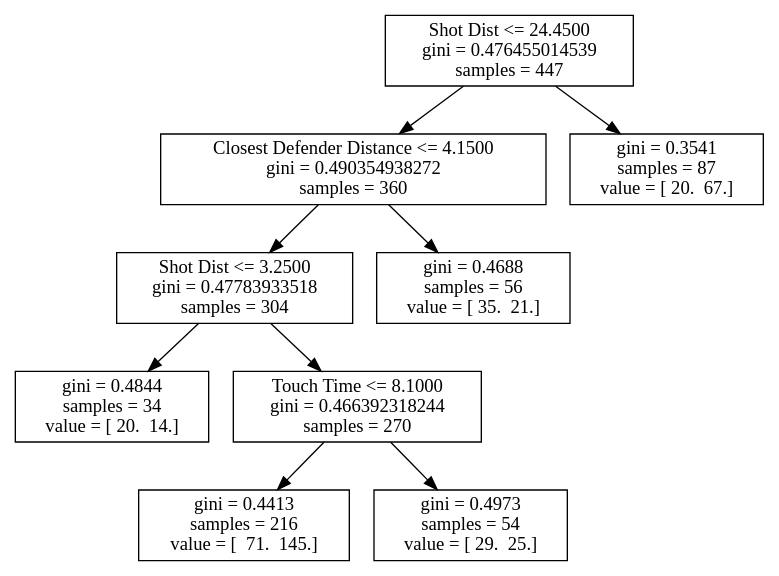
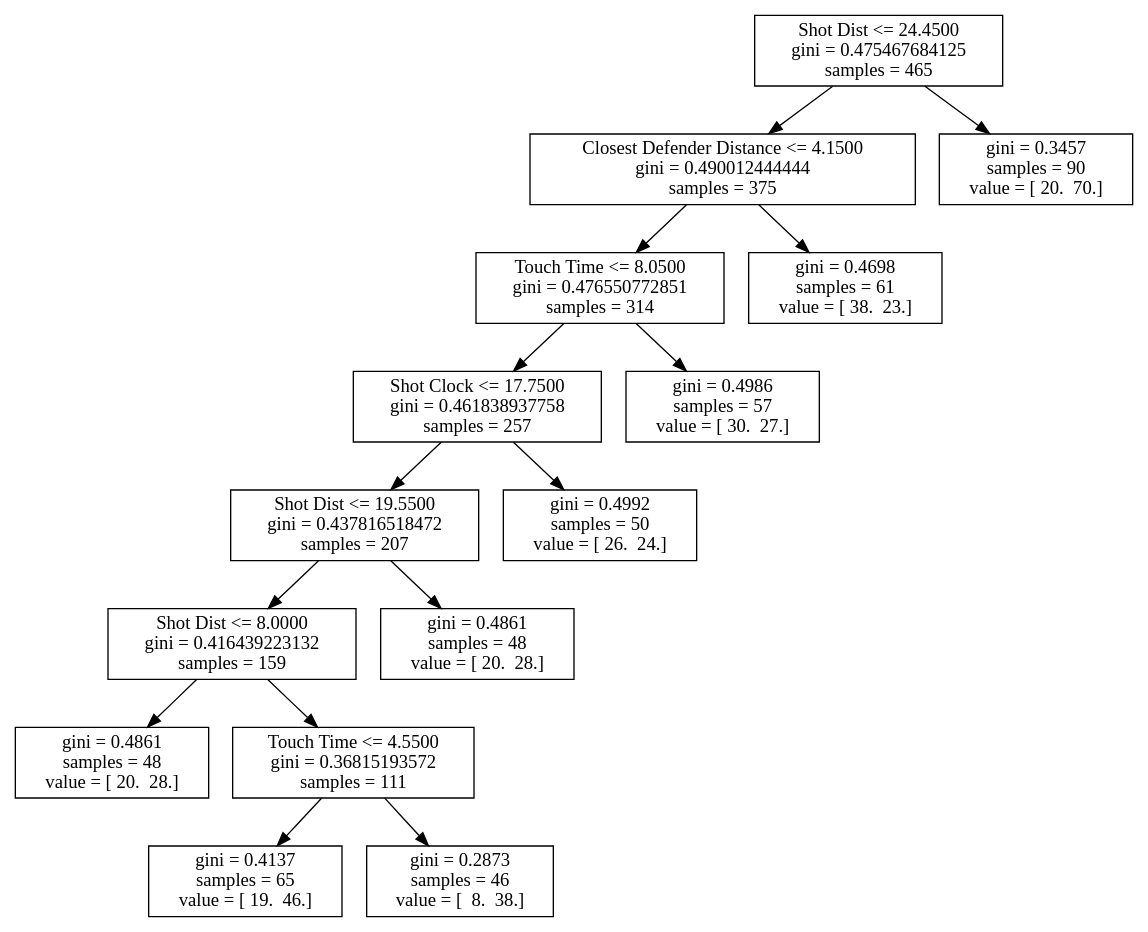
One commit to bveber/Analyze_NBA changed the diagram in kobe_bryant.dot. Above: the diagram before and after it, drawn with Graphviz. The commit also changed 63 other files, not shown here.

```diff
--- a/kobe_bryant.dot
+++ b/kobe_bryant.dot
@@ -1,19 +1,31 @@
 digraph Tree {
-0 [label="Shot Dist <= 24.4500\ngini = 0.476455014539\nsamples = 447", shape="box"] ;
-1 [label="Closest Defender Distance <= 4.1500\ngini = 0.490354938272\nsamples = 360", shape="box"] ;
+0 [label="Shot Dist <= 24.4500\ngini = 0.475467684125\nsamples = 465", shape="box"] ;
+1 [label="Closest Defender Distance <= 4.1500\ngini = 0.490012444444\nsamples = 375", shape="box"] ;
 0 -> 1 ;
-2 [label="Shot Dist <= 3.2500\ngini = 0.47783933518\nsamples = 304", shape="box"] ;
+2 [label="Touch Time <= 8.0500\ngini = 0.476550772851\nsamples = 314", shape="box"] ;
 1 -> 2 ;
-3 [label="gini = 0.4844\nsamples = 34\nvalue = [ 20.  14.]", shape="box"] ;
+3 [label="Shot Clock <= 17.7500\ngini = 0.461838937758\nsamples = 257", shape="box"] ;
 2 -> 3 ;
-4 [label="Touch Time <= 8.1000\ngini = 0.466392318244\nsamples = 270", shape="box"] ;
-2 -> 4 ;
-5 [label="gini = 0.4413\nsamples = 216\nvalue = [  71.  145.]", shape="box"] ;
+4 [label="Shot Dist <= 19.5500\ngini = 0.437816518472\nsamples = 207", shape="box"] ;
+3 -> 4 ;
+5 [label="Shot Dist <= 8.0000\ngini = 0.416439223132\nsamples = 159", shape="box"] ;
 4 -> 5 ;
-6 [label="gini = 0.4973\nsamples = 54\nvalue = [ 29.  25.]", shape="box"] ;
-4 -> 6 ;
-7 [label="gini = 0.4688\nsamples = 56\nvalue = [ 35.  21.]", shape="box"] ;
-1 -> 7 ;
-8 [label="gini = 0.3541\nsamples = 87\nvalue = [ 20.  67.]", shape="box"] ;
-0 -> 8 ;
+6 [label="gini = 0.4861\nsamples = 48\nvalue = [ 20.  28.]", shape="box"] ;
+5 -> 6 ;
+7 [label="Touch Time <= 4.5500\ngini = 0.36815193572\nsamples = 111", shape="box"] ;
+5 -> 7 ;
+8 [label="gini = 0.4137\nsamples = 65\nvalue = [ 19.  46.]", shape="box"] ;
+7 -> 8 ;
+9 [label="gini = 0.2873\nsamples = 46\nvalue = [  8.  38.]", shape="box"] ;
+7 -> 9 ;
+10 [label="gini = 0.4861\nsamples = 48\nvalue = [ 20.  28.]", shape="box"] ;
+4 -> 10 ;
+11 [label="gini = 0.4992\nsamples = 50\nvalue = [ 26.  24.]", shape="box"] ;
+3 -> 11 ;
+12 [label="gini = 0.4986\nsamples = 57\nvalue = [ 30.  27.]", shape="box"] ;
+2 -> 12 ;
+13 [label="gini = 0.4698\nsamples = 61\nvalue = [ 38.  23.]", shape="box"] ;
+1 -> 13 ;
+14 [label="gini = 0.3457\nsamples = 90\nvalue = [ 20.  70.]", shape="box"] ;
+0 -> 14 ;
 }
```
